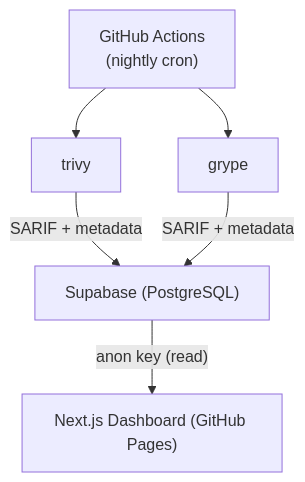
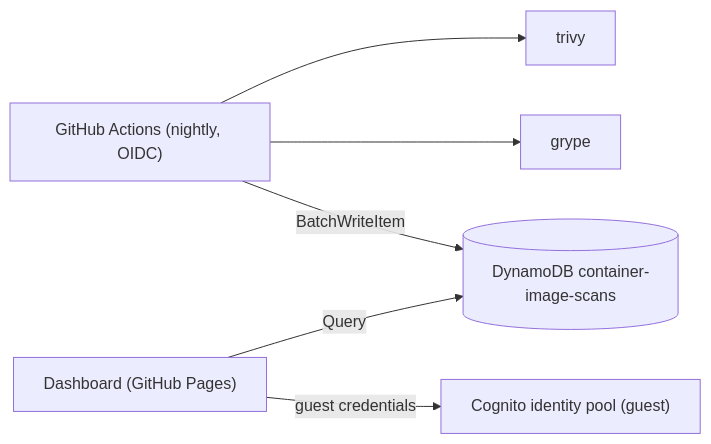
Before and after one commit to ruzickap/container-image-scans: the diagram in README.md, drawn with Mermaid. The commit also changed other lines of this file and 39 other files, not shown here.

First line of the commit message:
feat: replace supabase with dynamodb and a svelte dashboard

````diff
--- a/README.md
+++ b/README.md
@@ -20,14 +22,15 @@
 ```mermaid
-flowchart TD
-  GHA["GitHub Actions\n(nightly cron)"]
+flowchart LR
+  GHA["GitHub Actions (nightly, OIDC)"]
   TRIVY["trivy"]
   GRYPE["grype"]
-  DB["Supabase (PostgreSQL)"]
-  WEB["Next.js Dashboard (GitHub Pages)"]
+  DB[("DynamoDB container-image-scans")]
+  COGNITO["Cognito identity pool (guest)"]
+  WEB["Dashboard (GitHub Pages)"]
 
   GHA --> TRIVY
   GHA --> GRYPE
-  TRIVY -- "SARIF + metadata" --> DB
-  GRYPE -- "SARIF + metadata" --> DB
-  DB -- "anon key (read)" --> WEB
+  GHA -- "BatchWriteItem" --> DB
+  WEB -- "guest credentials" --> COGNITO
+  WEB -- "Query" --> DB
 ```
````
